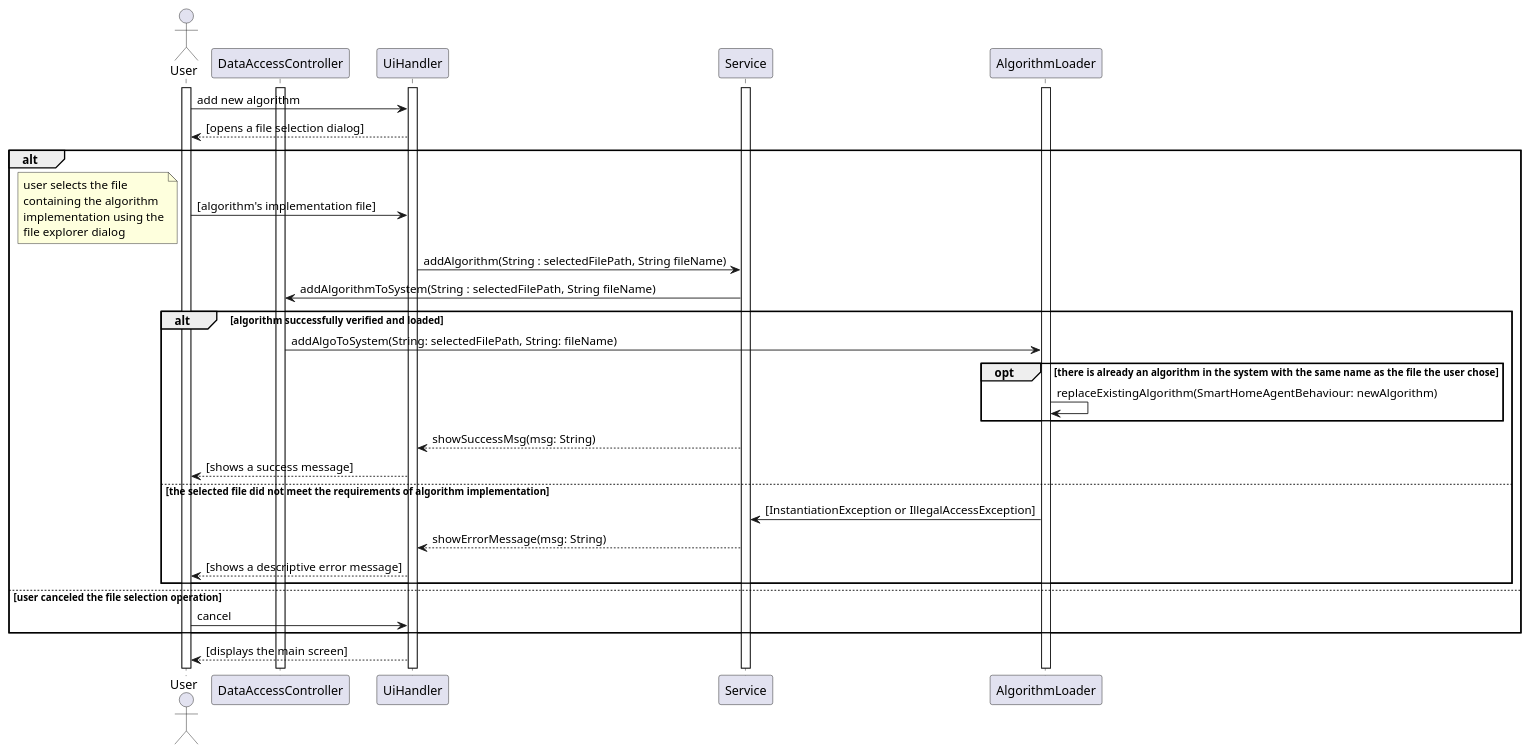
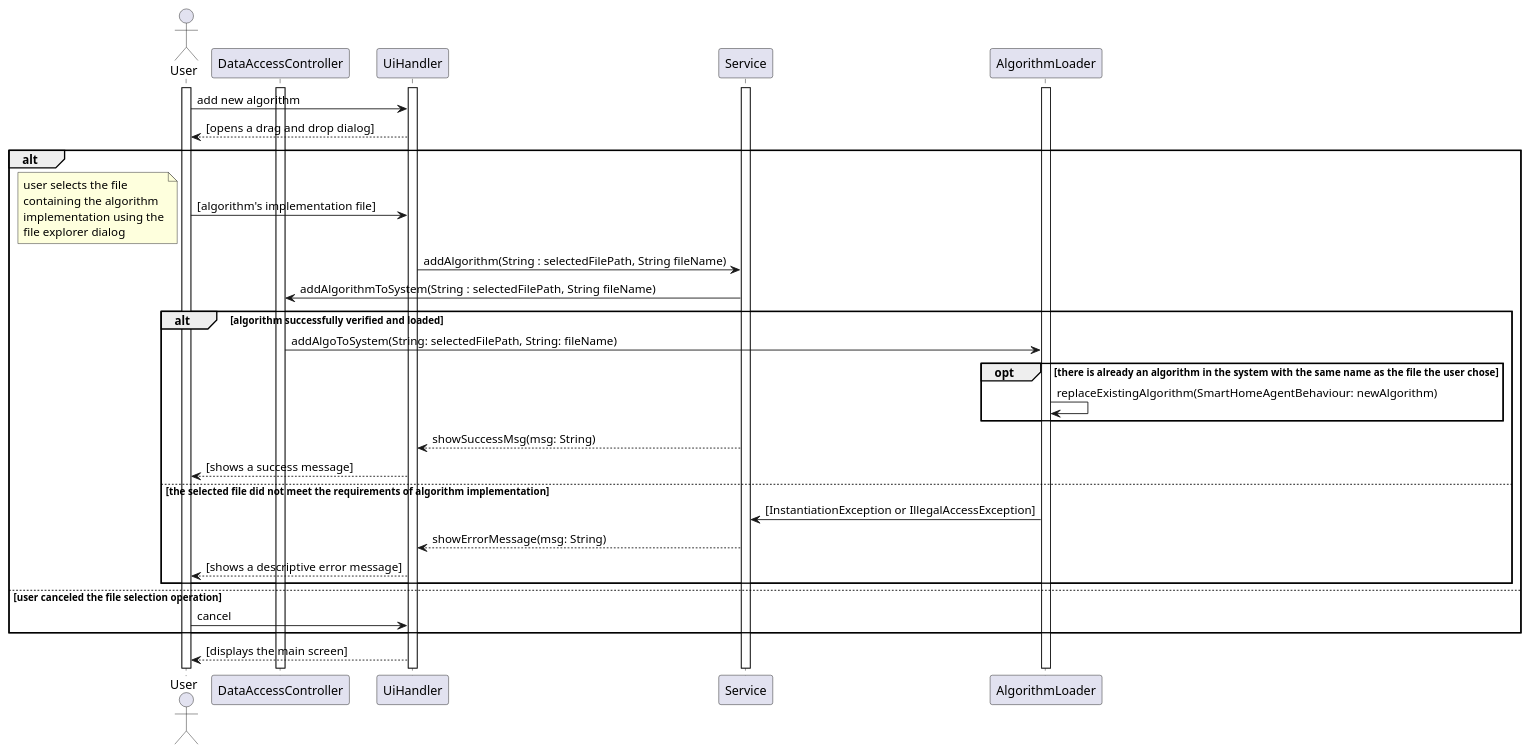
Before and after one commit to miamiHits/FinalProject: the diagram in Docs/Diagrams/behaviour diagrams/scripts/addNewAlgoSeq.puml, drawn with PlantUML. The commit also changed 9 other files, not shown here.

Commit message:
updated sequence diagrams

```diff
--- a/Docs/Diagrams/behaviour diagrams/scripts/addNewAlgoSeq.puml
+++ b/Docs/Diagrams/behaviour diagrams/scripts/addNewAlgoSeq.puml
@@ -1,51 +1,51 @@
 @startuml
 actor User as u
 participant DataAccessController as DAC
 
 activate u
 activate DAC
 activate UiHandler
 activate Service
 activate AlgorithmLoader
 
 u -> UiHandler : add new algorithm
-UiHandler --> u : [opens a file selection dialog]
+UiHandler --> u : [opens a drag and drop dialog]
 alt
     u -> UiHandler : [algorithm's implementation file]
     note left
         user selects the file
         containing the algorithm
         implementation using the
         file explorer dialog
     end note
     UiHandler -> Service : addAlgorithm(String : selectedFilePath, String fileName)
     Service -> DAC : addAlgorithmToSystem(String : selectedFilePath, String fileName)
 
     alt algorithm successfully verified and loaded
 
         DAC -> AlgorithmLoader : addAlgoToSystem(String: selectedFilePath, String: fileName)
 
         opt there is already an algorithm in the system with the same name as the file the user chose
             AlgorithmLoader -> AlgorithmLoader : replaceExistingAlgorithm(SmartHomeAgentBehaviour: newAlgorithm)
         end
 
         Service --> UiHandler : showSuccessMsg(msg: String)
         UiHandler --> u : [shows a success message]
 
     else the selected file did not meet the requirements of algorithm implementation
 
         AlgorithmLoader -> Service : [InstantiationException or IllegalAccessException]
         Service --> UiHandler : showErrorMessage(msg: String)
         UiHandler --> u : [shows a descriptive error message]
 
     end
 
 else user canceled the file selection operation
 
     u -> UiHandler : cancel
 end
 
     UiHandler --> u : [displays the main screen]
 
 
 @enduml
```
